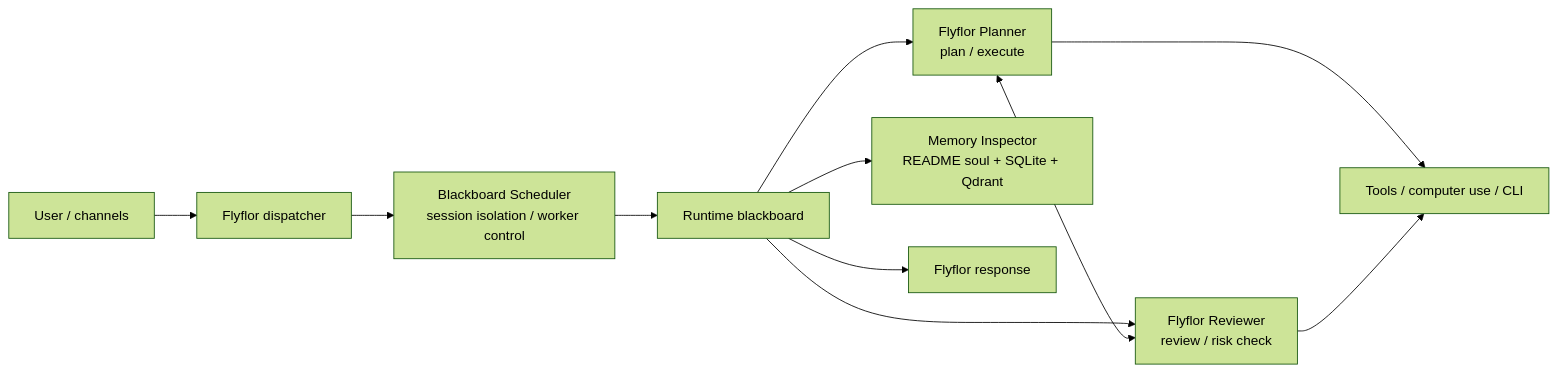
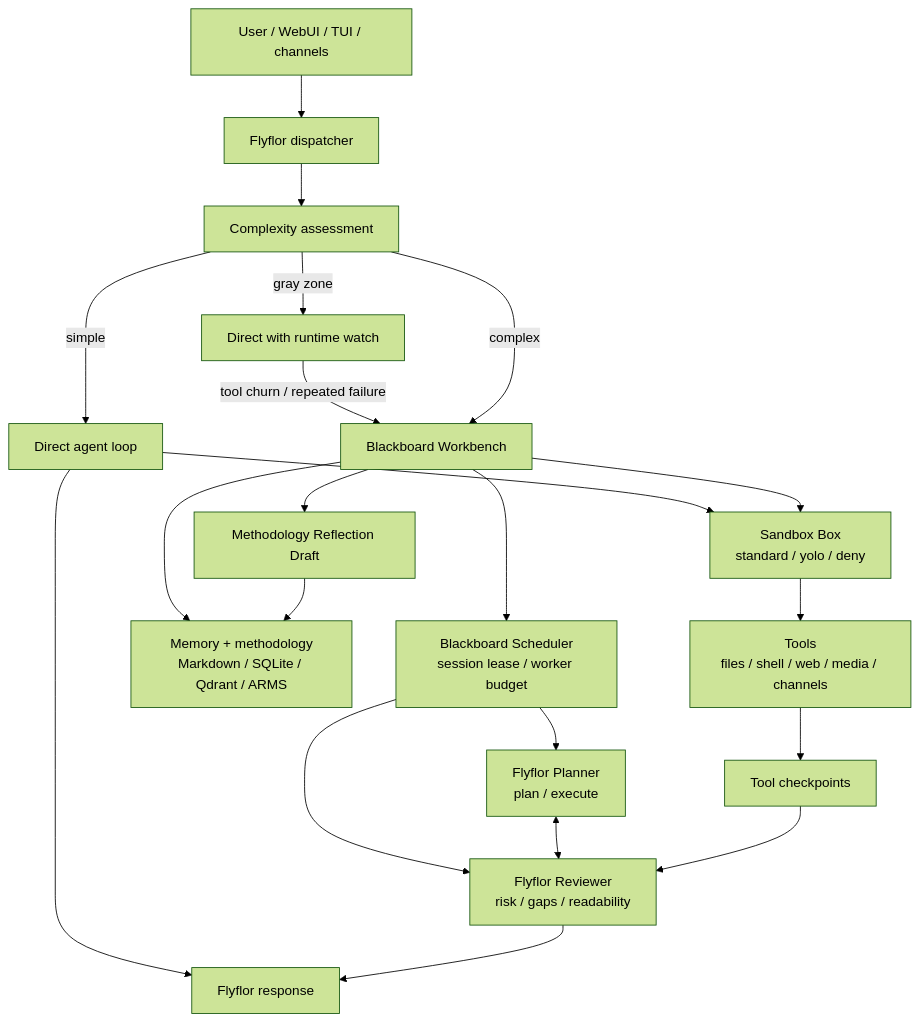
The first of 2 diagrams in README.md (huaqingyi/flyflor), drawn with Mermaid (forest theme) before and after one commit. The commit also changed other lines of this file and 59 other files, not shown here.

````diff
--- a/README.md
+++ b/README.md
@@ -9,13 +30,26 @@
 ```mermaid
-flowchart LR
-  User["User / channels"] --> Flyflor["Flyflor dispatcher"]
-  Flyflor --> Scheduler["Blackboard Scheduler\nsession isolation / worker control"]
-  Scheduler --> Blackboard["Runtime blackboard"]
-  Blackboard --> Planner["Flyflor Planner\nplan / execute"]
-  Blackboard --> Reviewer["Flyflor Reviewer\nreview / risk check"]
+flowchart TD
+  User["User / WebUI / TUI / channels"] --> Dispatch["Flyflor dispatcher"]
+  Dispatch --> Complexity["Complexity assessment"]
+  Complexity -->|simple| Direct["Direct agent loop"]
+  Complexity -->|gray zone| Watch["Direct with runtime watch"]
+  Watch -->|tool churn / repeated failure| Blackboard
+  Complexity -->|complex| Blackboard["Blackboard Workbench"]
+
+  Blackboard --> Scheduler["Blackboard Scheduler\nsession lease / worker budget"]
+  Scheduler --> Planner["Flyflor Planner\nplan / execute"]
+  Scheduler --> Reviewer["Flyflor Reviewer\nrisk / gaps / readability"]
   Planner <--> Reviewer
-  Blackboard --> Memory["Memory Inspector\nREADME soul + SQLite + Qdrant"]
-  Planner --> Tools["Tools / computer use / CLI"]
-  Reviewer --> Tools
-  Blackboard --> Response["Flyflor response"]
+
+  Blackboard --> Memory["Memory + methodology\nMarkdown / SQLite / Qdrant / ARMS"]
+  Sandbox["Sandbox Box\nstandard / yolo / deny"] --> Tools["Tools\nfiles / shell / web / media / channels"]
+  Direct --> Sandbox
+  Blackboard --> Sandbox
+  Tools --> Checkpoints["Tool checkpoints"]
+  Checkpoints --> Reviewer
+
+  Direct --> Response["Flyflor response"]
+  Reviewer --> Response
+  Blackboard --> Reflection["Methodology Reflection Draft"]
+  Reflection --> Memory
 ```
````
